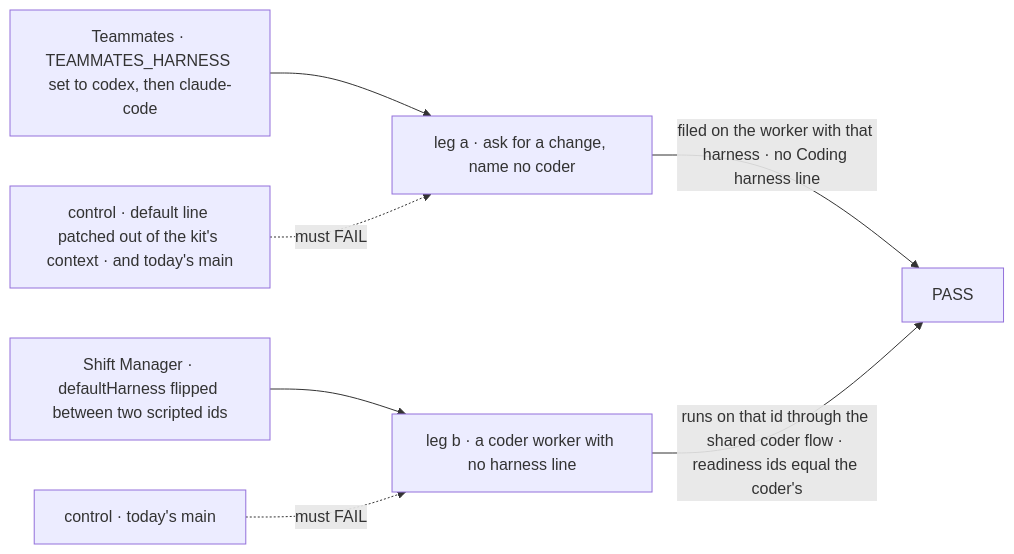
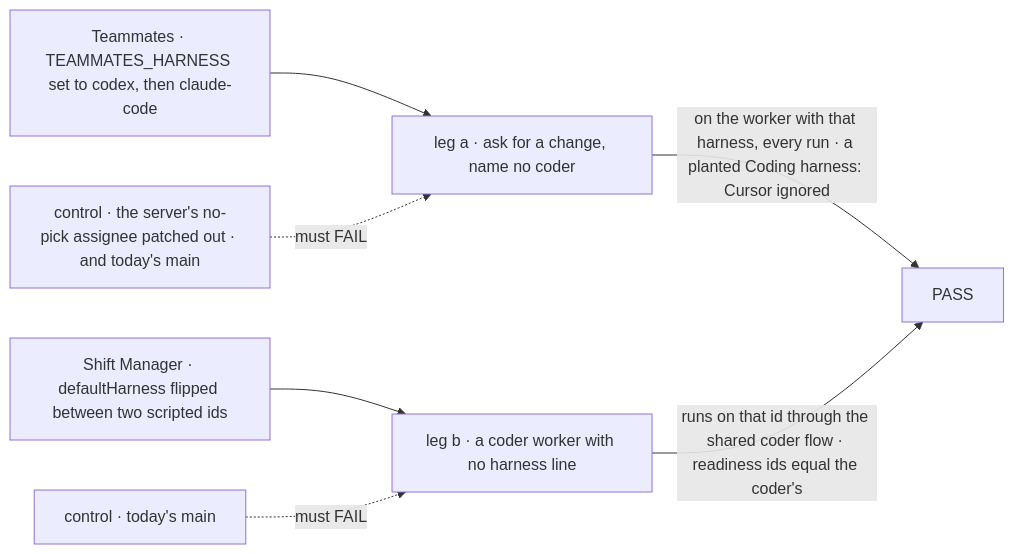
Before and after one commit to fixpoint-labs/flow-state-dev: the first of 2 diagrams in specs/issues/FIX-2877/SPEC.md, drawn with Mermaid. The commit also changed other lines of this file and 3 other files, not shown here.

First line of the commit message:
spec(FIX-2877): fold review round 1 — server-written no-pick assignee, removed-symbol readers, 7-to-3 count

````diff
--- a/specs/issues/FIX-2877/SPEC.md
+++ b/specs/issues/FIX-2877/SPEC.md
@@ -26,9 +27,9 @@
 ```mermaid
 flowchart LR
   T["Teammates · TEAMMATES_HARNESS set to codex, then claude-code"] --> A["leg a · ask for a change, name no coder"]
   S["Shift Manager · defaultHarness flipped between two scripted ids"] --> B["leg b · a coder worker with no harness line"]
-  A -->|"filed on the worker with that harness · no Coding harness line"| P["PASS"]
+  A -->|"on the worker with that harness, every run · a planted Coding harness: Cursor ignored"| P["PASS"]
   B -->|"runs on that id through the shared coder flow · readiness ids equal the coder's"| P
-  C["control · default line patched out of the kit's context · and today's main"] -.->|"must FAIL"| A
+  C["control · the server's no-pick assignee patched out · and today's main"] -.->|"must FAIL"| A
   M["control · today's main"] -.->|"must FAIL"| B
 ```
````
